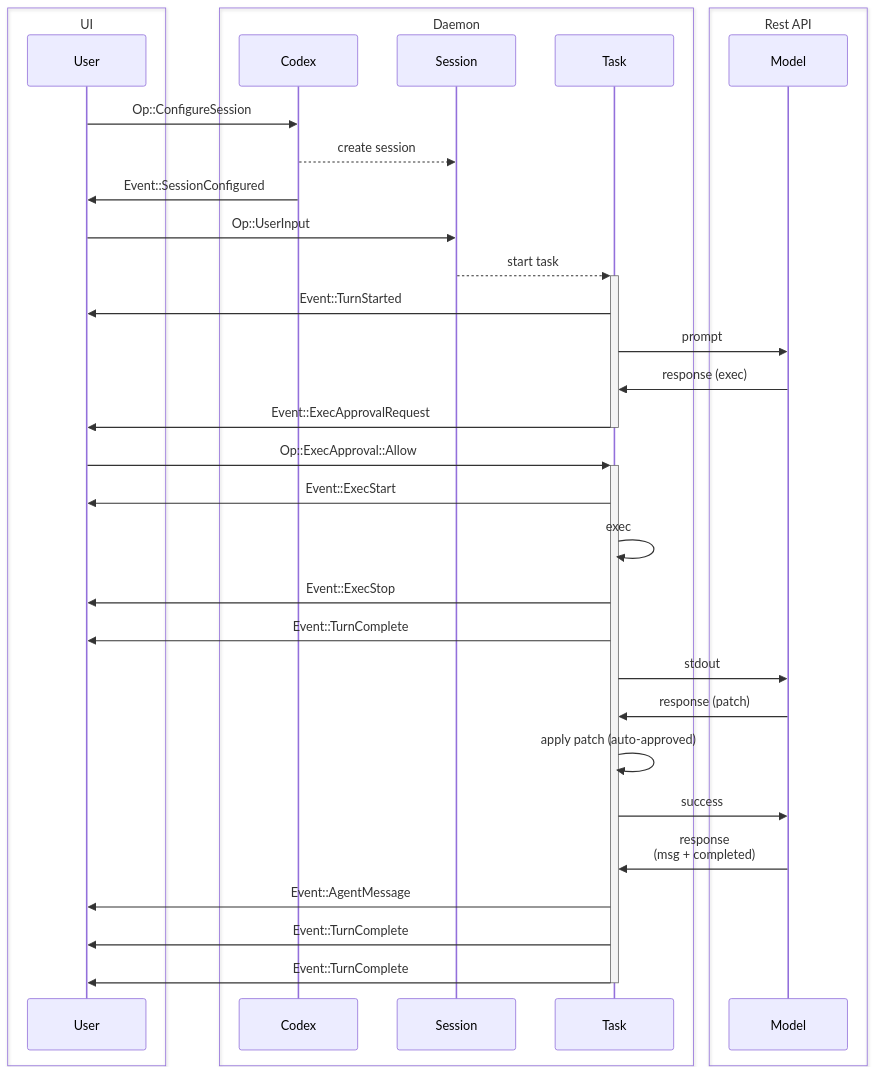
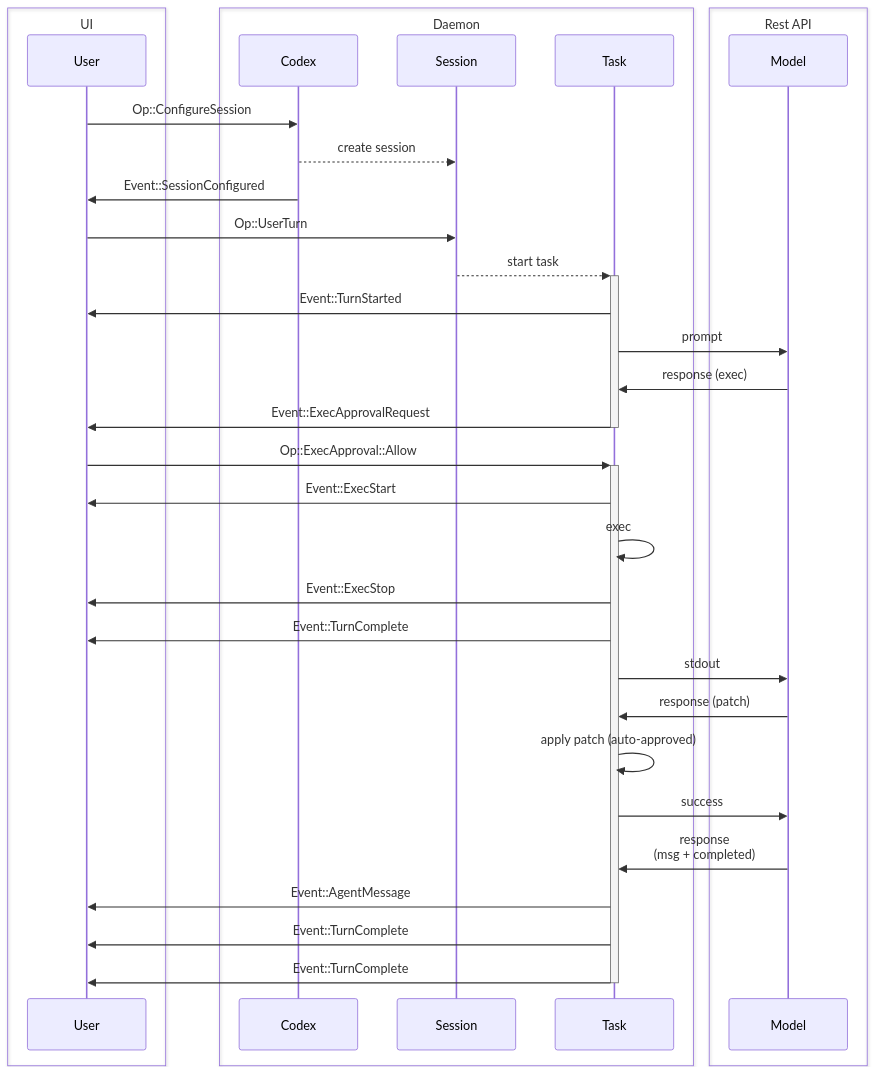
Before and after one commit to openai/codex: the first of 2 diagrams in codex-rs/docs/protocol_v1.md, drawn with Mermaid. The commit also changed other lines of this file and 10 other files, not shown here.

Commit message:
Prefer UserTurn over UserInput

````diff
--- a/codex-rs/docs/protocol_v1.md
+++ b/codex-rs/docs/protocol_v1.md
@@ -101,36 +102,36 @@
 ```mermaid
 sequenceDiagram
     box UI
     participant user as User
     end
     box Daemon
     participant codex as Codex
     participant session as Session
     participant task as Task
     end
     box Rest API
     participant agent as Model
     end
     user->>codex: Op::ConfigureSession
     codex-->>session: create session
     codex->>user: Event::SessionConfigured
-    user->>session: Op::UserInput
+    user->>session: Op::UserTurn
     session-->>+task: start task
     task->>user: Event::TurnStarted
     task->>agent: prompt
     agent->>task: response (exec)
     task->>-user: Event::ExecApprovalRequest
     user->>+task: Op::ExecApproval::Allow
     task->>user: Event::ExecStart
     task->>task: exec
     task->>user: Event::ExecStop
     task->>user: Event::TurnComplete
     task->>agent: stdout
     agent->>task: response (patch)
     task->>task: apply patch (auto-approved)
     task->>agent: success
     agent->>task: response<br/>(msg + completed)
     task->>user: Event::AgentMessage
     task->>user: Event::TurnComplete
     task->>-user: Event::TurnComplete
 ```
````
